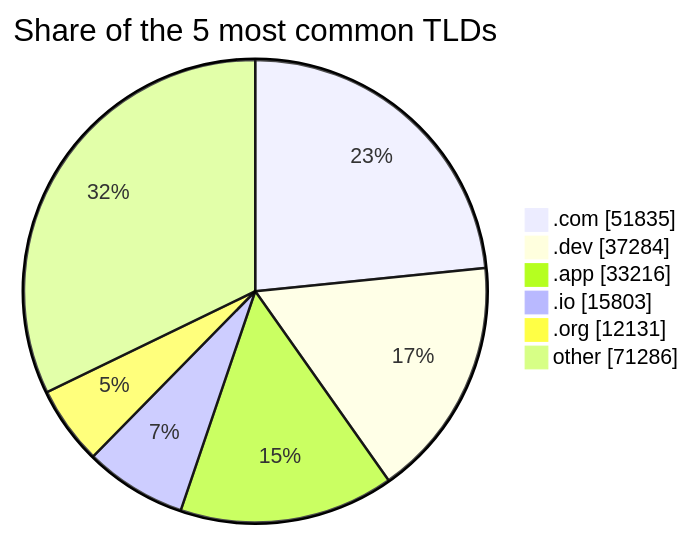
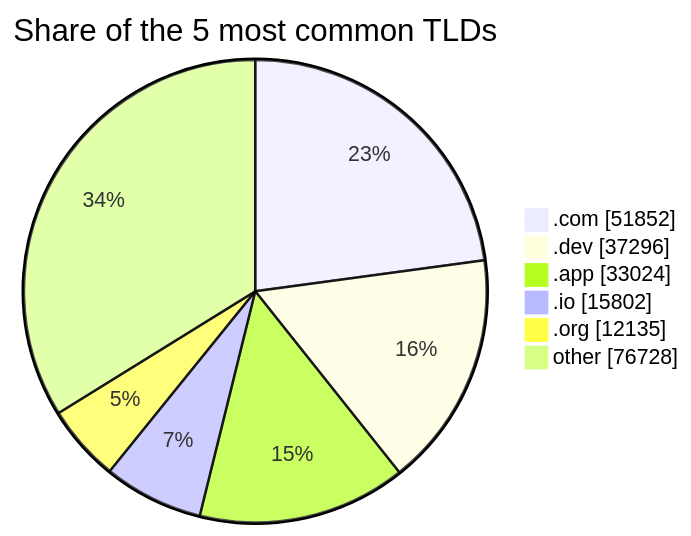
Before and after one commit to DNSBunker/CTI: the second of 2 diagrams in README.md, drawn with Mermaid. The commit also changed other lines of this file and 3 other files, not shown here.

````diff
--- a/README.md
+++ b/README.md
@@ -72,9 +72,9 @@
 ```mermaid
 pie showData title Share of the 5 most common TLDs
-    ".com" : 51835
-    ".dev" : 37284
-    ".app" : 33216
-    ".io" : 15803
-    ".org" : 12131
-    "other" : 71286
+    ".com" : 51852
+    ".dev" : 37296
+    ".app" : 33024
+    ".io" : 15802
+    ".org" : 12135
+    "other" : 76728
 ```
````
